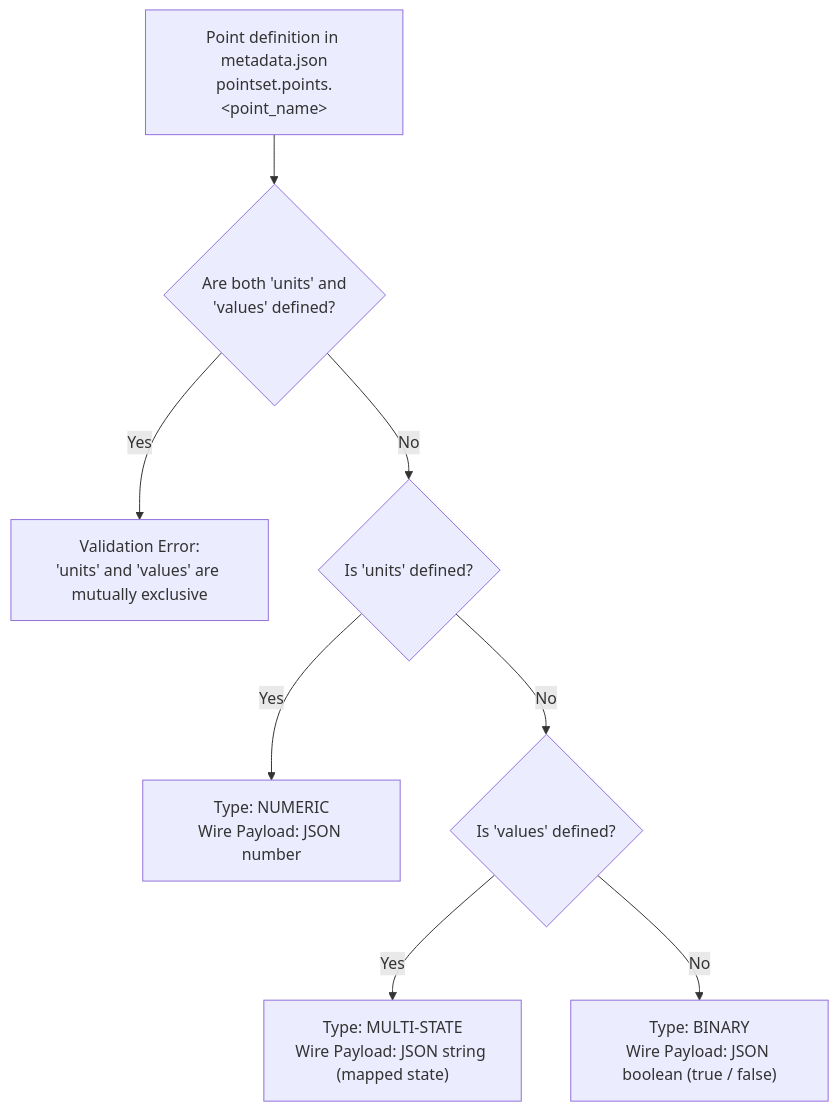
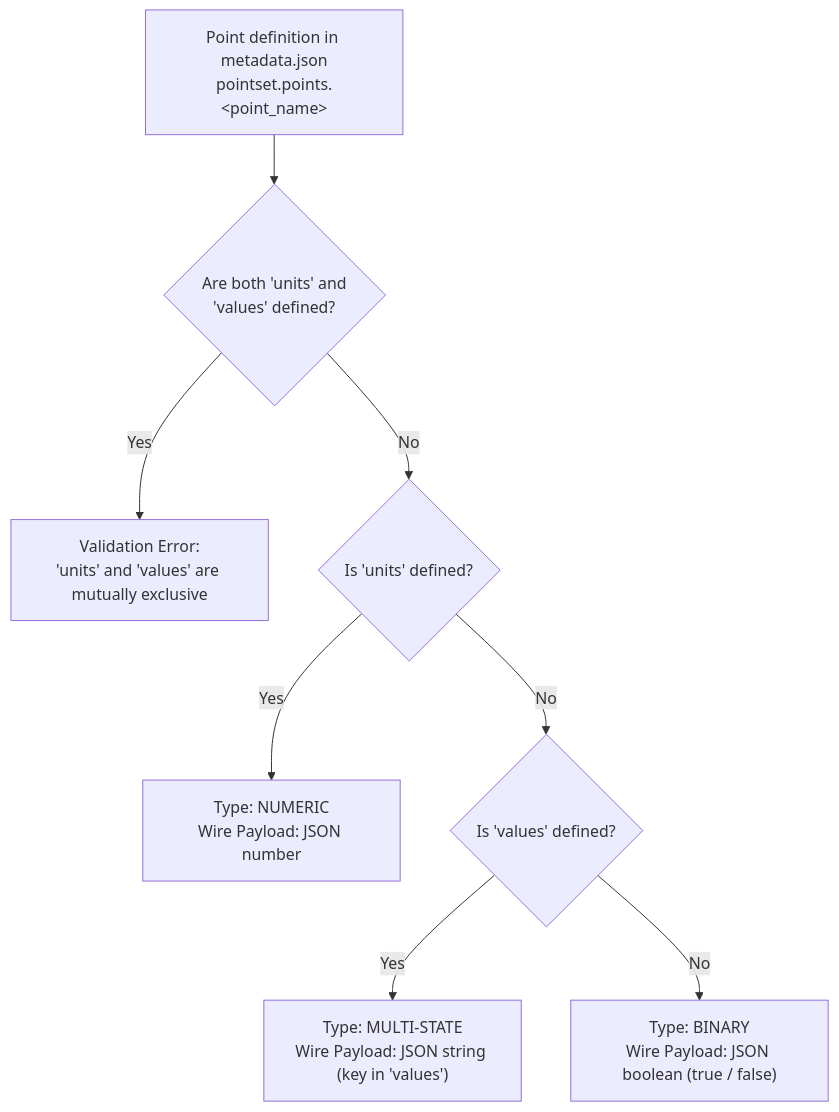
Before and after one commit to faucetsdn/udmi: the diagram in docs/specs/point_typing.md, drawn with Mermaid. The commit also changed other lines of this file, not shown here.

Commit message:
Use raw value keys from values map for multi-state payloads

````diff
--- a/docs/specs/point_typing.md
+++ b/docs/specs/point_typing.md
@@ -20,10 +20,10 @@
 ```mermaid
 flowchart TD
     A["Point definition in metadata.json<br/>pointset.points.&lt;point_name&gt;"] --> B{"Are both 'units' and<br/>'values' defined?"}
     B -- Yes --> ERR["Validation Error:<br/>'units' and 'values' are mutually exclusive"]
     B -- No --> C{"Is 'units' defined?"}
     C -- Yes --> NUM["Type: NUMERIC<br/>Wire Payload: JSON number"]
     C -- No --> D{"Is 'values' defined?"}
-    D -- Yes --> MS["Type: MULTI-STATE<br/>Wire Payload: JSON string (mapped state)"]
+    D -- Yes --> MS["Type: MULTI-STATE<br/>Wire Payload: JSON string (key in 'values')"]
     D -- No --> BIN["Type: BINARY<br/>Wire Payload: JSON boolean (true / false)"]
 ```
````
